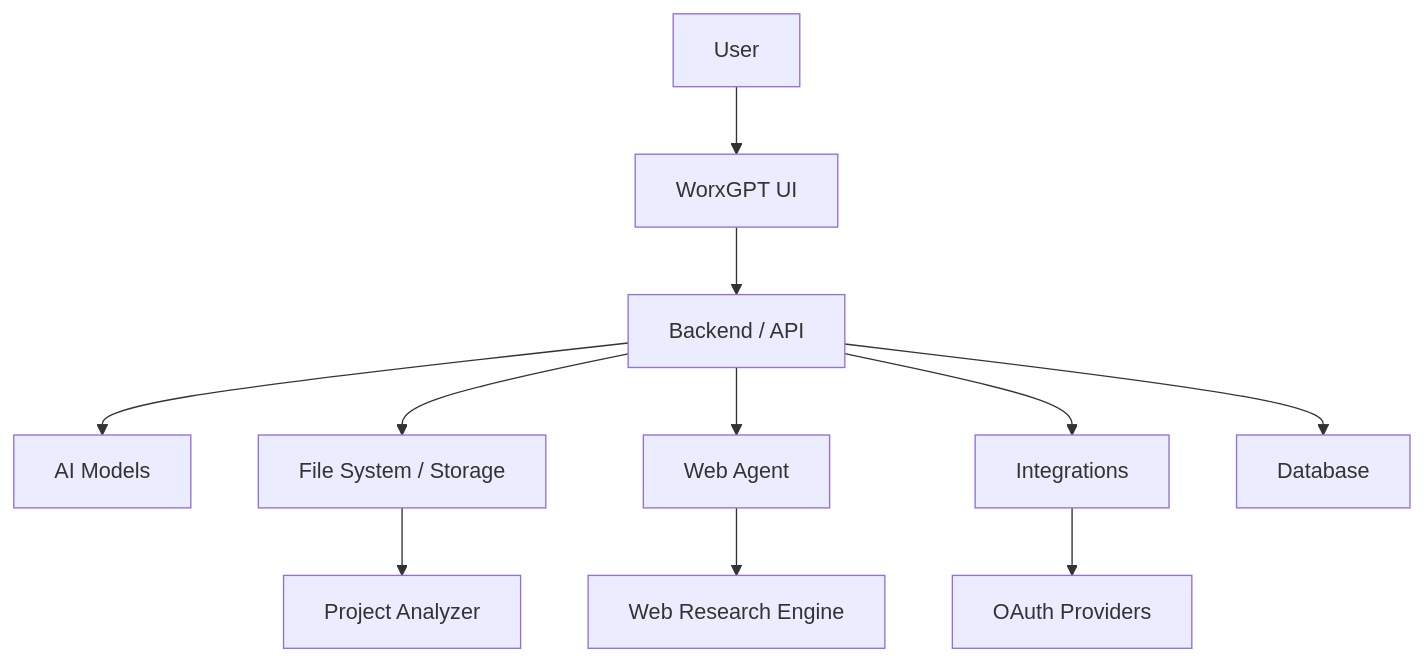
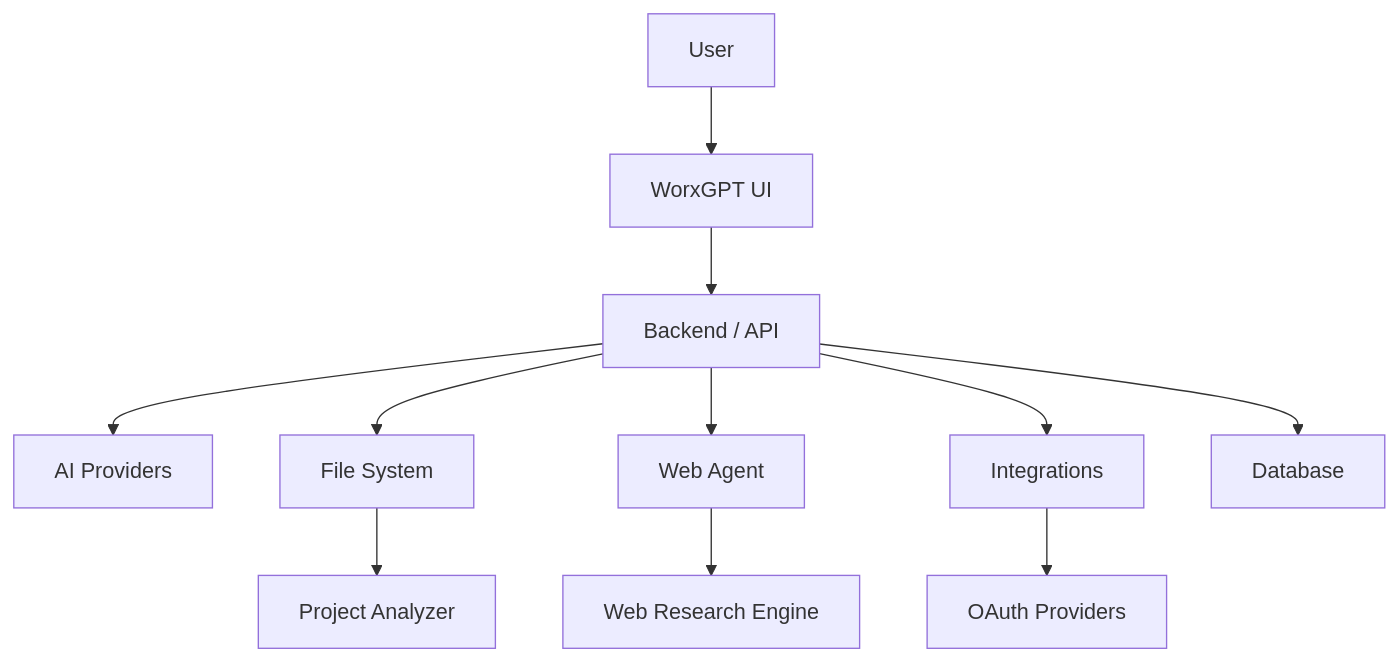
Before and after one commit to hakmedevs-svg/WorxGPT: the diagram in README.md, drawn with Mermaid. The commit also changed other lines of this file, not shown here.

````diff
--- a/README.md
+++ b/README.md
@@ -79,13 +283,13 @@
 ```mermaid
-graph TD
+graph TB
     User[User] --> UI[WorxGPT UI]
     UI --> API[Backend / API]
-    API --> AI[AI Models]
-    API --> Files[File System / Storage]
+    API --> AI[AI Providers]
+    API --> Files[File System]
     API --> Web[Web Agent]
-    API --> Int[Integrations]
+    API --> Integrations[Integrations]
     API --> DB[Database]
-    Files --> Project[Project Analyzer]
-    Web --> Research[Web Research Engine]
-    Int --> OAuth[OAuth Providers]
+    Files --> Analyzer[Project Analyzer]
+    Integrations --> OAuth[OAuth Providers]
+    Web --> Search[Web Research Engine]
 ```
````
